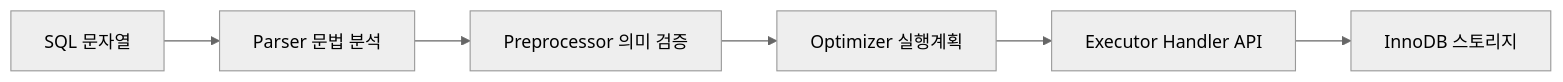
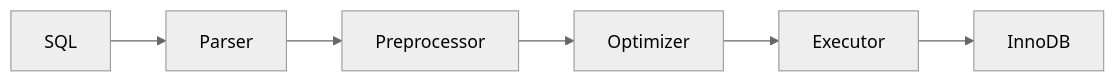
One commit to yjkim2015/yjkim2015.github.io changed the sixth of 11 diagrams in _posts/db/2026-05-01-db-internals.md. Above: the diagram before and after it, drawn with Mermaid (neutral theme). The commit also changed other lines of this file and 245 other files, not shown here.

First line of the commit message:
Mermaid 다이어그램 전면 수정 + 면접 포인트 접기/펼치기 + DB 데드락 페이지

````diff
--- a/_posts/db/2026-05-01-db-internals.md
+++ b/_posts/db/2026-05-01-db-internals.md
@@ -624,8 +624,8 @@
 ```mermaid
 graph LR
-    SQL["SQL 문자열"] --> PARSE["Parser 문법 분석"]
-    PARSE --> PRE["Preprocessor 의미 검증"]
-    PRE --> OPT["Optimizer 실행계획"]
-    OPT --> EXE["Executor Handler API"]
-    EXE --> InnoDB["InnoDB 스토리지"]
+    SQL["SQL"] --> PARSE["Parser"]
+    PARSE --> PRE["Preprocessor"]
+    PRE --> OPT["Optimizer"]
+    OPT --> EXE["Executor"]
+    EXE --> InnoDB["InnoDB"]
 ```
````
